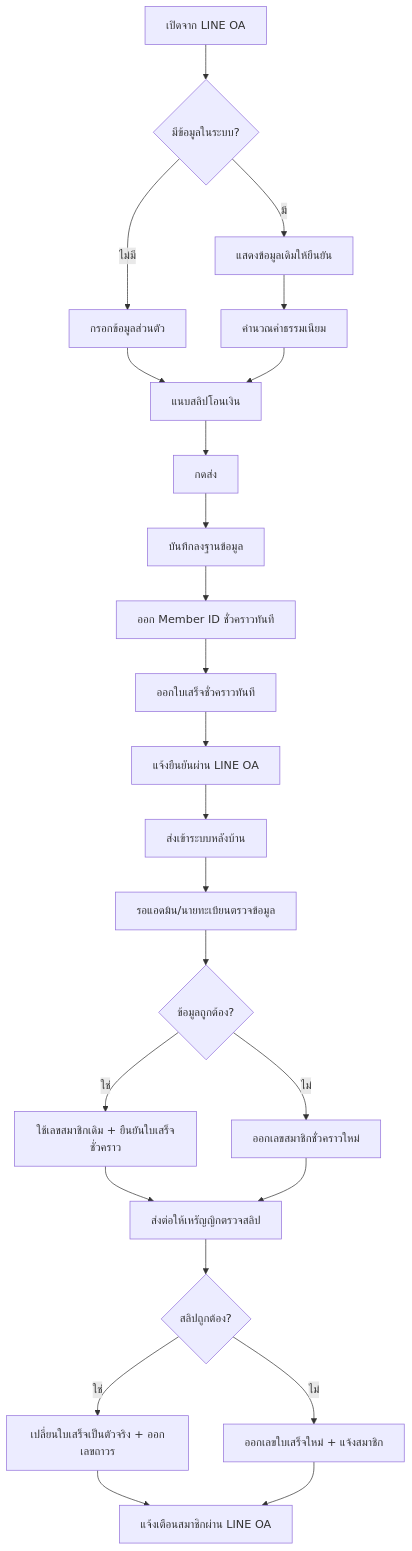
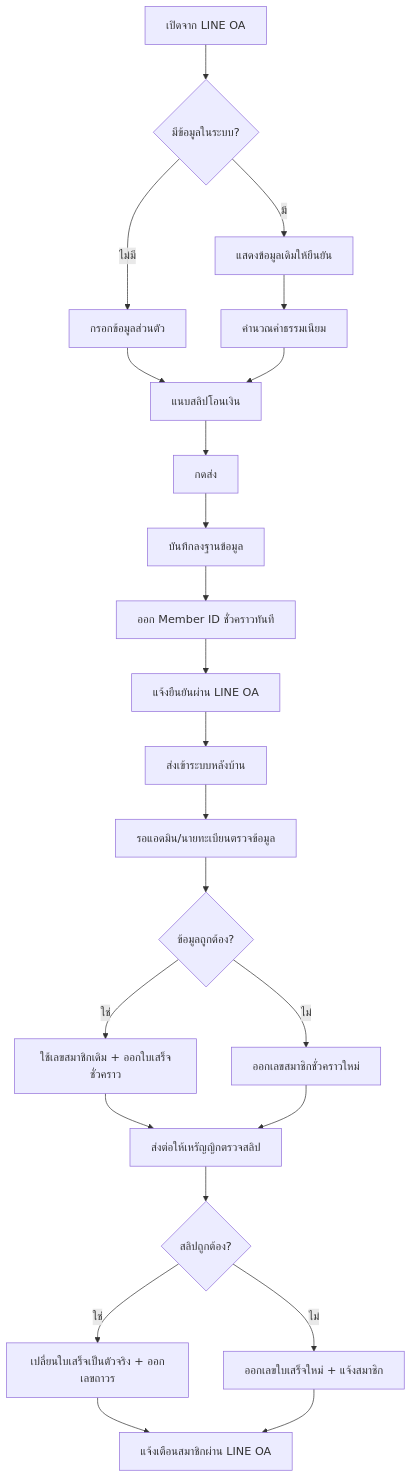
The first of 4 diagrams in ABTA-System/04-Workflows.md (Cakenomsod/Fastwork_ABTA), drawn with Mermaid before and after one commit. The commit also changed other lines of this file and 7 other files, not shown here.

Commit message:
Update membership flow: revised issuance of temporary receipts to occur after registrar approval, rather than immediately upon registration. Adjusted related documentation and workflows accordingly.

````diff
--- a/ABTA-System/04-Workflows.md
+++ b/ABTA-System/04-Workflows.md
@@ -23,26 +24,25 @@
 ```mermaid
 flowchart TD
     A[เปิดจาก LINE OA] --> B{มีข้อมูลในระบบ?}
     B -->|มี| C[แสดงข้อมูลเดิมให้ยืนยัน]
     B -->|ไม่มี| D[กรอกข้อมูลส่วนตัว]
     C --> E[คำนวณค่าธรรมเนียม]
     D --> F[แนบสลิปโอนเงิน]
     E --> F
     F --> G[กดส่ง]
     G --> H[บันทึกลงฐานข้อมูล]
     H --> I[ออก Member ID ชั่วคราวทันที]
-    I --> J[ออกใบเสร็จชั่วคราวทันที]
-    J --> K[แจ้งยืนยันผ่าน LINE OA]
+    I --> K[แจ้งยืนยันผ่าน LINE OA]
     K --> L[ส่งเข้าระบบหลังบ้าน]
     L --> M[รอแอดมิน/นายทะเบียนตรวจข้อมูล]
     M --> N{ข้อมูลถูกต้อง?}
-    N -->|ใช่| O[ใช้เลขสมาชิกเดิม + ยืนยันใบเสร็จชั่วคราว]
+    N -->|ใช่| O[ใช้เลขสมาชิกเดิม + ออกใบเสร็จชั่วคราว]
     N -->|ไม่| P[ออกเลขสมาชิกชั่วคราวใหม่]
     O --> Q[ส่งต่อให้เหรัญญิกตรวจสลิป]
     P --> Q
     Q --> R{สลิปถูกต้อง?}
     R -->|ใช่| S[เปลี่ยนใบเสร็จเป็นตัวจริง + ออกเลขถาวร]
     R -->|ไม่| T[ออกเลขใบเสร็จใหม่ + แจ้งสมาชิก]
     S --> U[แจ้งเตือนสมาชิกผ่าน LINE OA]
     T --> U
 ```
````
